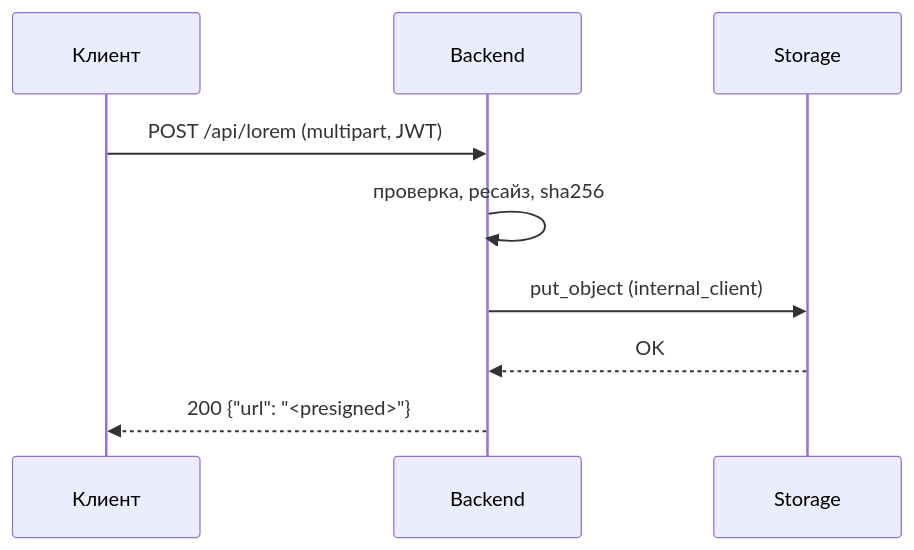
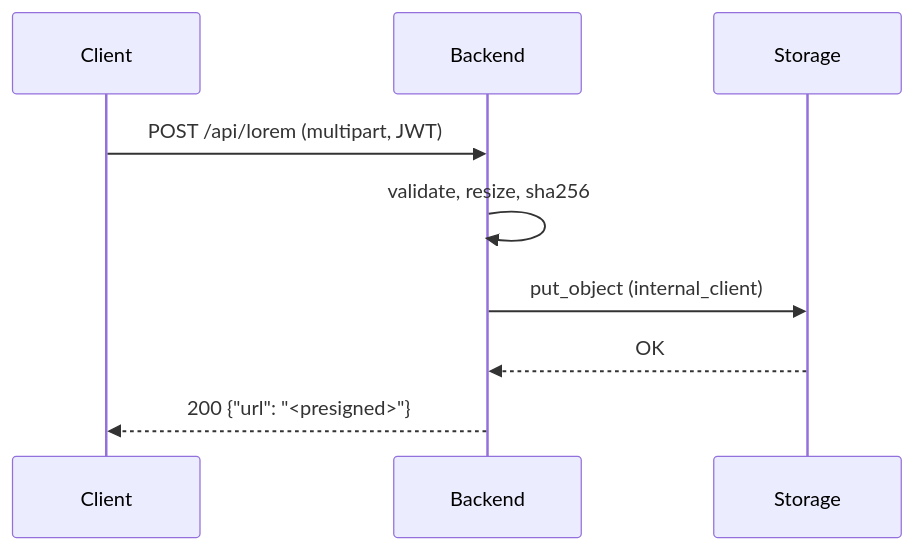
The second of 3 diagrams in examples/backend-guide.md (Kseen715/md2pdfX), drawn with Mermaid before and after one commit. The commit also changed other lines of this file and 25 other files, not shown here.

````diff
--- a/examples/backend-guide.md
+++ b/examples/backend-guide.md
@@ -137,12 +136,12 @@
 ```mermaid
 sequenceDiagram
-    participant C as Клиент
+    participant C as Client
     participant D as Backend
     participant S as Storage
 
     C->>D: POST /api/lorem (multipart, JWT)
-    D->>D: проверка, ресайз, sha256
+    D->>D: validate, resize, sha256
     D->>S: put_object (internal_client)
     S-->>D: OK
     D-->>C: 200 {"url": "<presigned>"}
 ```
````
